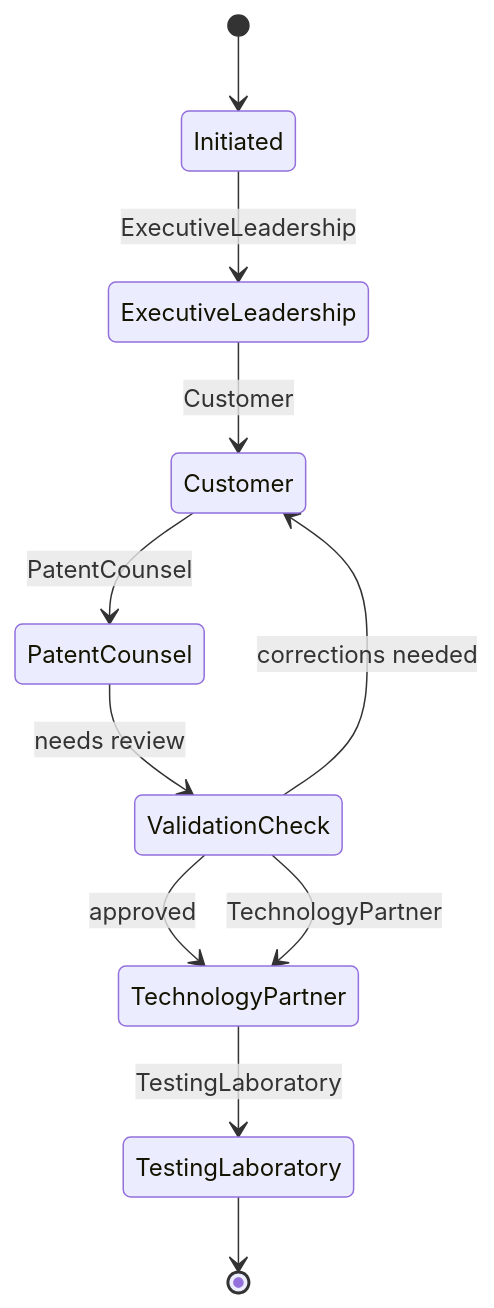
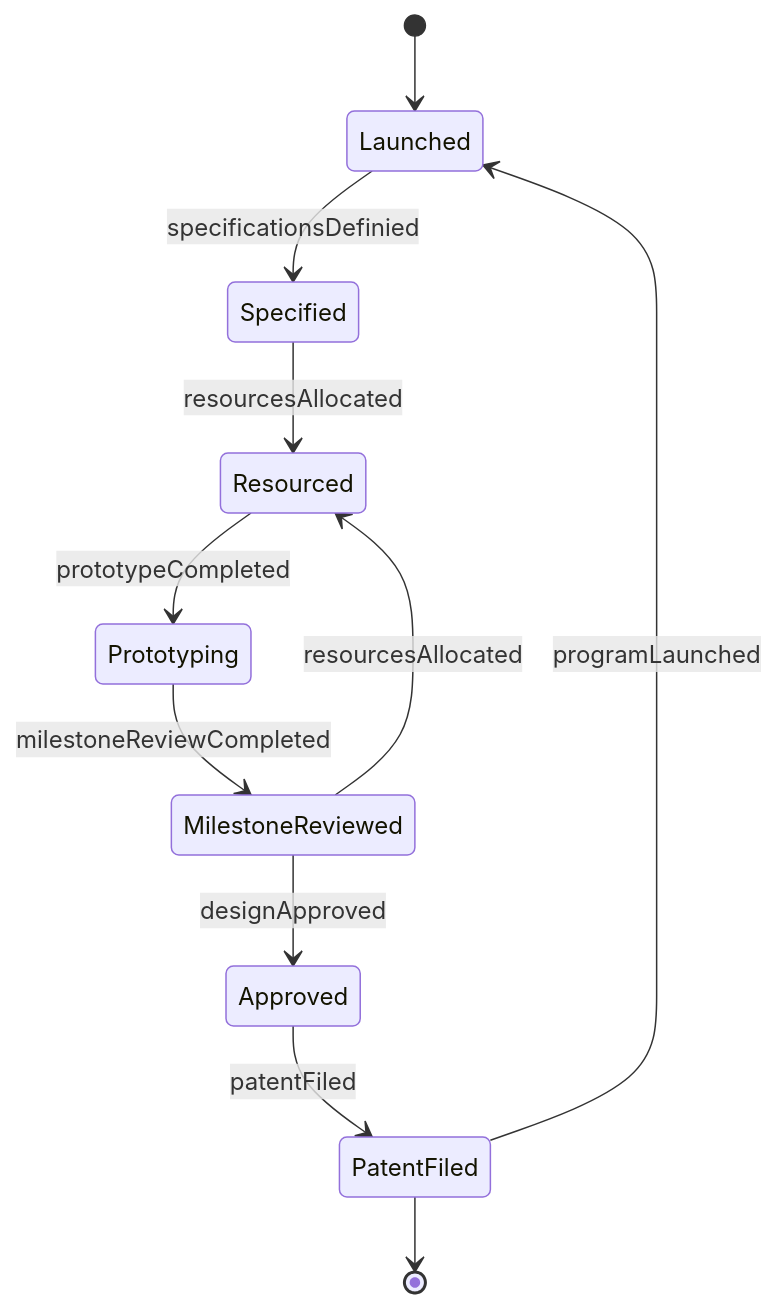
Before and after one commit to dot-org-ai/tasks.org.ai: the second of 4 diagrams in GuidingDirectingAndMotivatingSubordinates/DirectScientificOrTechnicalActivities/DirectDesignDevelopmentActivities.mdx, drawn with Mermaid. The commit also changed other lines of this file and 515 other files, not shown here.

````diff
--- a/GuidingDirectingAndMotivatingSubordinates/DirectScientificOrTechnicalActivities/DirectDesignDevelopmentActivities.mdx
+++ b/GuidingDirectingAndMotivatingSubordinates/DirectScientificOrTechnicalActivities/DirectDesignDevelopmentActivities.mdx
@@ -98,13 +100,13 @@
 ```mermaid
 stateDiagram-v2
-    [*] --> Initiated
-    Initiated --> ExecutiveLeadership: ExecutiveLeadership
-    ExecutiveLeadership --> Customer: Customer
-    Customer --> PatentCounsel: PatentCounsel
-    PatentCounsel --> ValidationCheck: needs review
-    ValidationCheck --> Customer: corrections needed
-    ValidationCheck --> TechnologyPartner: approved
-    ValidationCheck --> TechnologyPartner: TechnologyPartner
-    TechnologyPartner --> TestingLaboratory: TestingLaboratory
-    TestingLaboratory --> [*]
+    [*] --> Launched
+    Launched --> Specified : specificationsDefinied
+    Specified --> Resourced : resourcesAllocated
+    Resourced --> Prototyping : prototypeCompleted
+    Prototyping --> MilestoneReviewed : milestoneReviewCompleted
+    MilestoneReviewed --> Approved : designApproved
+    MilestoneReviewed --> Resourced : resourcesAllocated
+    Approved --> PatentFiled : patentFiled
+    PatentFiled --> Launched : programLaunched
+    PatentFiled --> [*]
 ```
````
